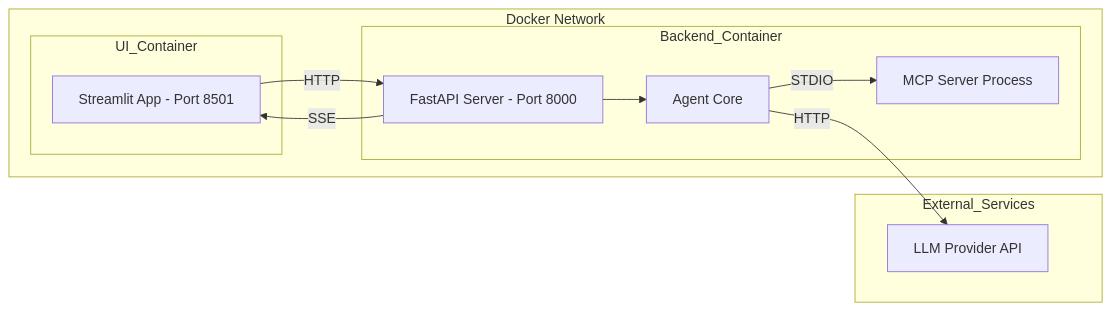
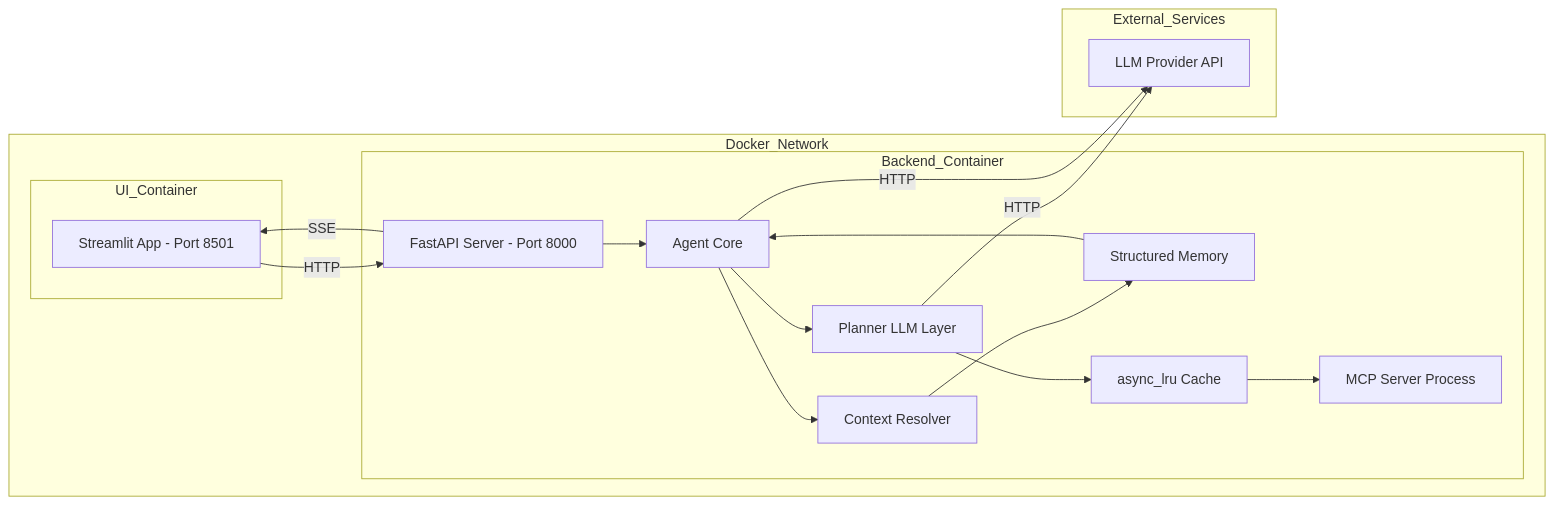
Before and after one commit to jayjp0321/data-science-ai: the third of 5 diagrams in README.md, drawn with Mermaid. The commit also changed other lines of this file and 5 other files, not shown here.

First line of the commit message:
feat: implement memory-first context resolver with structured memory and cached MCP tool calls

````diff
--- a/README.md
+++ b/README.md
@@ -119,34 +261,61 @@
 ```mermaid
 %%{init: {'theme':'default'}}%%
 flowchart LR
 
-    subgraph Docker Network
+    subgraph Docker_Network
 
+        %% -------------------------
+        %% UI Container
+        %% -------------------------
         subgraph UI_Container
             UI[Streamlit App - Port 8501]
         end
 
+        %% -------------------------
+        %% Backend Container
+        %% -------------------------
         subgraph Backend_Container
 
             API[FastAPI Server - Port 8000]
 
             Agent[Agent Core]
 
+            Resolver[Context Resolver]
+
+            Memory[Structured Memory]
+
+            Planner[Planner LLM Layer]
+
+            Cache[async_lru Cache]
+
             MCPServer[MCP Server Process]
 
+            %% Internal Flow
             API --> Agent
-            Agent -->|STDIO| MCPServer
+            Agent --> Resolver
+            Resolver --> Memory
+            Memory --> Agent
+            Agent --> Planner
+            Planner --> Cache
+            Cache --> MCPServer
 
         end
 
     end
 
+    %% -------------------------
+    %% External Services
+    %% -------------------------
     subgraph External_Services
         LLM[LLM Provider API]
     end
 
+    %% -------------------------
+    %% External Communication
+    %% -------------------------
     UI -->|HTTP| API
     API -->|SSE| UI
 
+    Planner -->|HTTP| LLM
     Agent -->|HTTP| LLM
 ```
````
